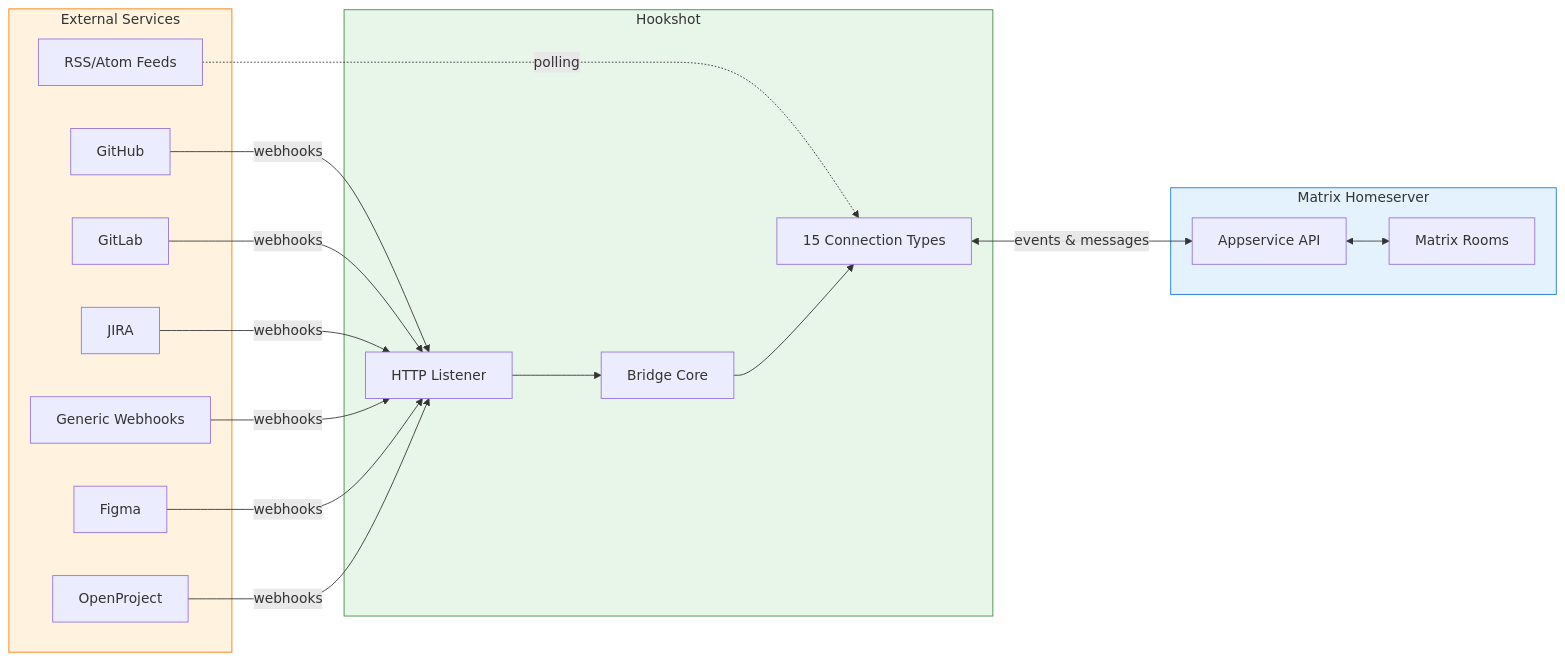
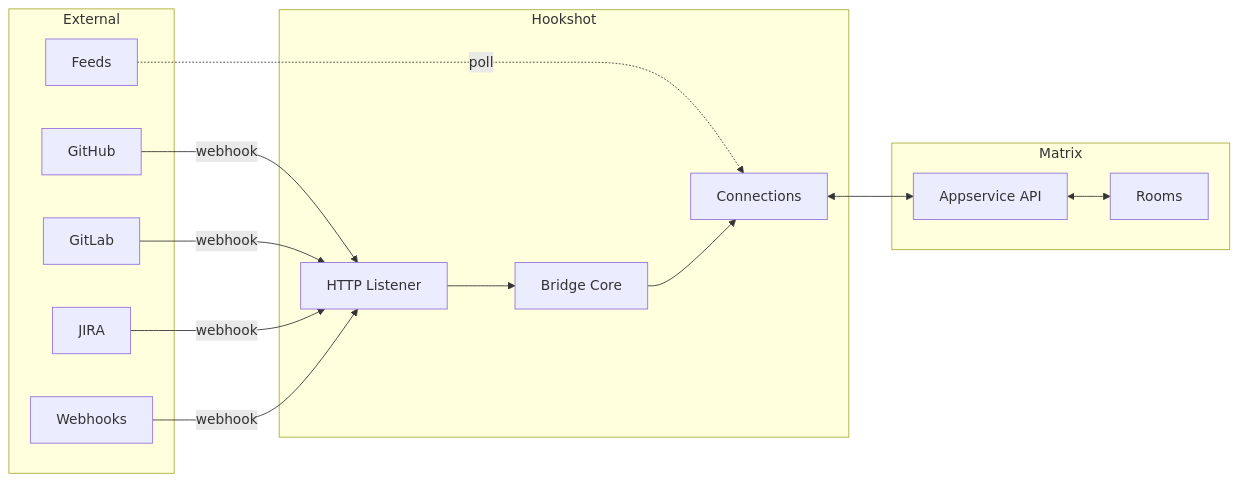
One commit to yncyrydybyl/matrix-hookshot changed the diagram in docs/understand/what-is-hookshot.md. Above: the diagram before and after it, drawn with Mermaid. The commit also changed 4 other files, not shown here.

First line of the commit message:
Simplify all 9 Mermaid diagrams for readability

````diff
--- a/docs/understand/what-is-hookshot.md
+++ b/docs/understand/what-is-hookshot.md
@@ -13,39 +13,29 @@
 ```mermaid
 graph LR
-    subgraph External["External Services"]
-        GH["GitHub"]
-        GL["GitLab"]
-        JI["JIRA"]
-        WH["Generic Webhooks"]
-        RSS["RSS/Atom Feeds"]
-        FG["Figma"]
-        OP["OpenProject"]
+    subgraph External
+        GH[GitHub]
+        GL[GitLab]
+        JI[JIRA]
+        WH[Webhooks]
+        RSS[Feeds]
     end
 
-    subgraph HS["Matrix Homeserver"]
-        AS["Appservice API"]
-        RM["Matrix Rooms"]
+    subgraph Hookshot
+        LIS[HTTP Listener]
+        BR[Bridge Core]
+        CONN[Connections]
     end
 
-    subgraph HK["Hookshot"]
-        LIS["HTTP Listener"]
-        BR["Bridge Core"]
-        CONN["15 Connection Types"]
+    subgraph Matrix
+        AS[Appservice API]
+        RM[Rooms]
     end
 
-    GH -->|webhooks| LIS
-    GL -->|webhooks| LIS
-    JI -->|webhooks| LIS
-    WH -->|webhooks| LIS
-    FG -->|webhooks| LIS
-    OP -->|webhooks| LIS
-    RSS -.->|polling| CONN
-
+    GH -->|webhook| LIS
+    GL -->|webhook| LIS
+    JI -->|webhook| LIS
+    WH -->|webhook| LIS
+    RSS -.->|poll| CONN
     LIS --> BR --> CONN
-    CONN <-->|events & messages| AS
-    AS <--> RM
-
-    style HK fill:#e8f5e9,stroke:#388E3C
-    style HS fill:#e3f2fd,stroke:#1976D2
-    style External fill:#fff3e0,stroke:#F57C00
+    CONN <--> AS <--> RM
 ```
````
